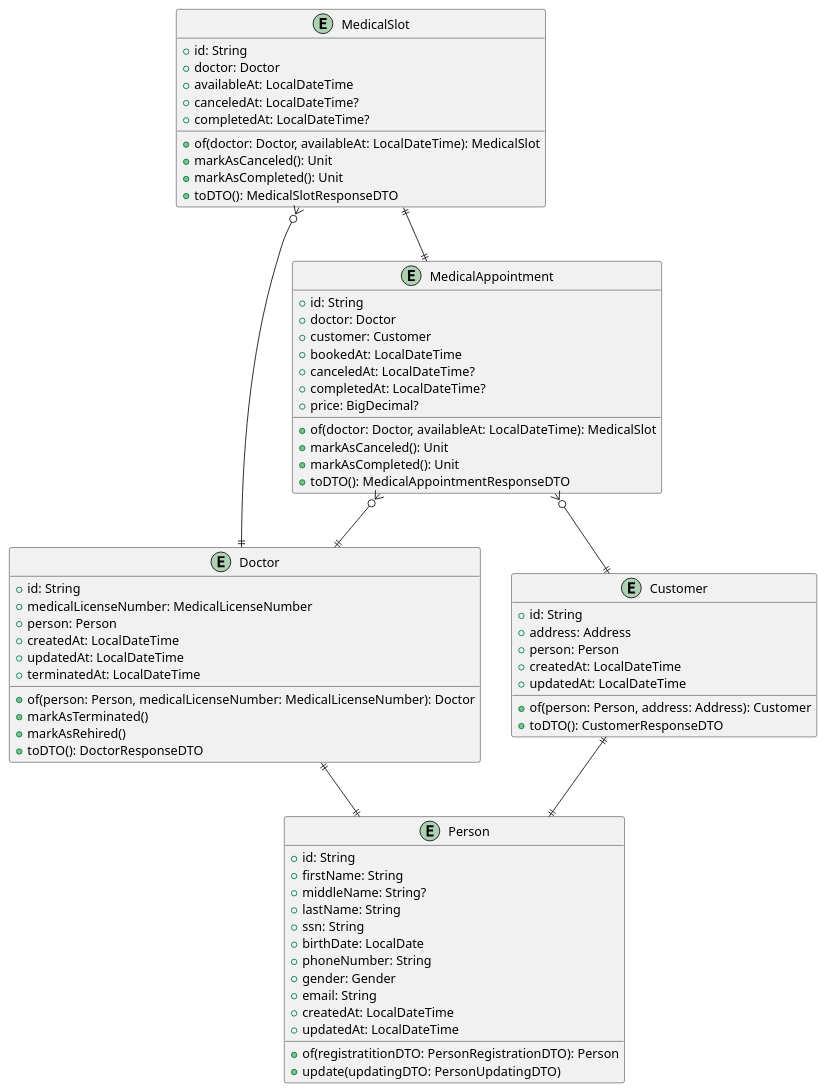
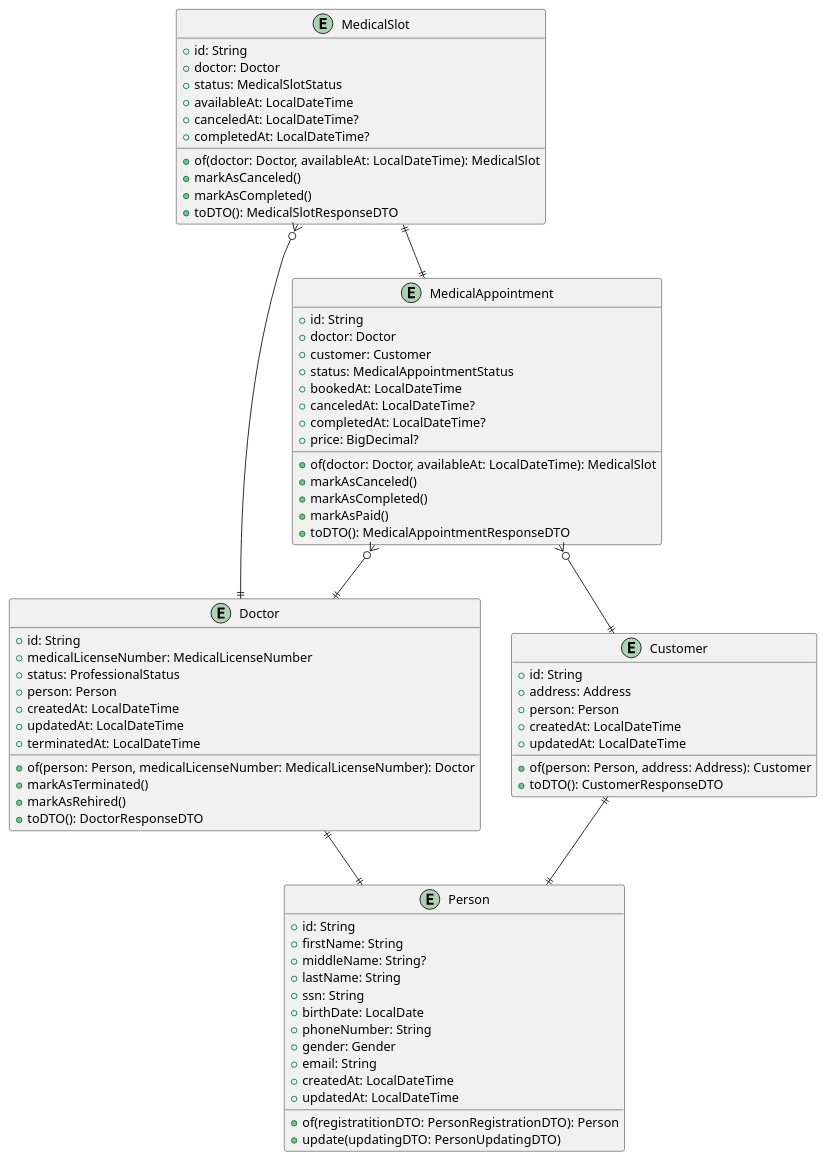
The diagram in codes/erd_code.wsd (LazaroDamasceno/Dissertacao-Mestrado), drawn with PlantUML before and after one commit. The commit also changed 6 other files, not shown here.

```diff
--- a/codes/erd_code.wsd
+++ b/codes/erd_code.wsd
@@ -1,80 +1,84 @@
 @startuml
 
 entity "Person" {
  +id: String
  +firstName: String
  +middleName: String?
  +lastName: String
  +ssn: String
  +birthDate: LocalDate
  +phoneNumber: String
  +gender: Gender
  +email: String
  +createdAt: LocalDateTime
  +updatedAt: LocalDateTime
  
  +of(registratitionDTO: PersonRegistrationDTO): Person
  +update(updatingDTO: PersonUpdatingDTO)
 }
 
 entity "Customer" {
  +id: String
  +address: Address
  +person: Person
  +createdAt: LocalDateTime
  +updatedAt: LocalDateTime
  
  +of(person: Person, address: Address): Customer
  +toDTO(): CustomerResponseDTO
 }
 
 entity "Doctor" {
  +id: String
  +medicalLicenseNumber: MedicalLicenseNumber
+ +status: ProfessionalStatus
  +person: Person
  +createdAt: LocalDateTime
  +updatedAt: LocalDateTime
  +terminatedAt: LocalDateTime
  
  +of(person: Person, medicalLicenseNumber: MedicalLicenseNumber): Doctor
  +markAsTerminated()
  +markAsRehired()
  +toDTO(): DoctorResponseDTO
 }
 
 entity "MedicalSlot" {
   +id: String
   +doctor: Doctor
+  +status: MedicalSlotStatus
   +availableAt: LocalDateTime
   +canceledAt: LocalDateTime?
   +completedAt: LocalDateTime?
   
   +of(doctor: Doctor, availableAt: LocalDateTime): MedicalSlot
-  +markAsCanceled(): Unit
-  +markAsCompleted(): Unit
+  +markAsCanceled()
+  +markAsCompleted()
   +toDTO(): MedicalSlotResponseDTO
 }
 
 entity "MedicalAppointment" {
   +id: String
-  + doctor: Doctor
-  + customer: Customer
+  +doctor: Doctor
+  +customer: Customer
+  +status: MedicalAppointmentStatus
   +bookedAt: LocalDateTime
   +canceledAt: LocalDateTime?
   +completedAt: LocalDateTime?
   +price: BigDecimal?
   
   +of(doctor: Doctor, availableAt: LocalDateTime): MedicalSlot
-  +markAsCanceled(): Unit
-  +markAsCompleted(): Unit
+  +markAsCanceled()
+  +markAsCompleted()
+  +markAsPaid()
   +toDTO(): MedicalAppointmentResponseDTO
 }
 
 Customer ||--|| Person
 Doctor ||--|| Person
 MedicalSlot }o--|| Doctor
 MedicalAppointment }o--|| Doctor
 MedicalAppointment }o--|| Customer
 MedicalSlot ||--|| MedicalAppointment
 
 @enduml
```
